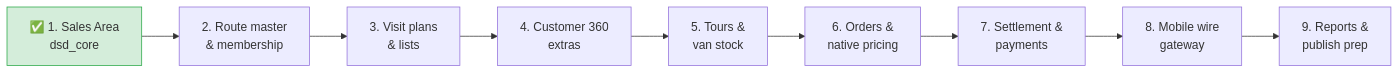
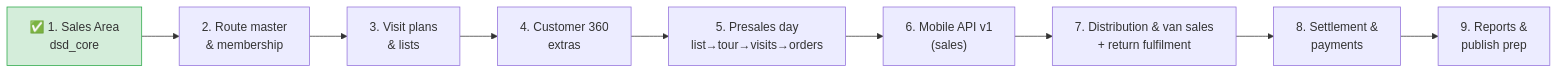
The diagram in docs/issues/01-implementation-plan.md (omidcsh/odoo-dsd), drawn with Mermaid before and after one commit. The commit also changed other lines of this file and 6 other files, not shown here.

Commit message:
docs: round-2 review fixes — roadmap renumbered (contradiction removed), multi-company policy, primary DB index, API server-side scoping, return marked interim, geo_precision defined, audit events enumerated

````diff
--- a/docs/issues/01-implementation-plan.md
+++ b/docs/issues/01-implementation-plan.md
@@ -42,14 +42,14 @@
 ```mermaid
 flowchart LR
     S1["✅ 1. Sales Area<br/>dsd_core"]
     S2["2. Route master<br/>& membership"]
     S3["3. Visit plans<br/>& lists"]
     S4["4. Customer 360<br/>extras"]
-    S5["5. Tours &<br/>van stock"]
-    S6["6. Orders &<br/>native pricing"]
-    S7["7. Settlement &<br/>payments"]
-    S8["8. Mobile wire<br/>gateway"]
+    S5["5. Presales day<br/>list→tour→visits→orders"]
+    S6["6. Mobile API v1<br/>(sales)"]
+    S7["7. Distribution & van sales<br/>+ return fulfilment"]
+    S8["8. Settlement &<br/>payments"]
     S9["9. Reports &<br/>publish prep"]
     S1 --> S2 --> S3 --> S4 --> S5 --> S6 --> S7 --> S8 --> S9
     style S1 fill:#d4edda,stroke:#28a745
 ```
````
